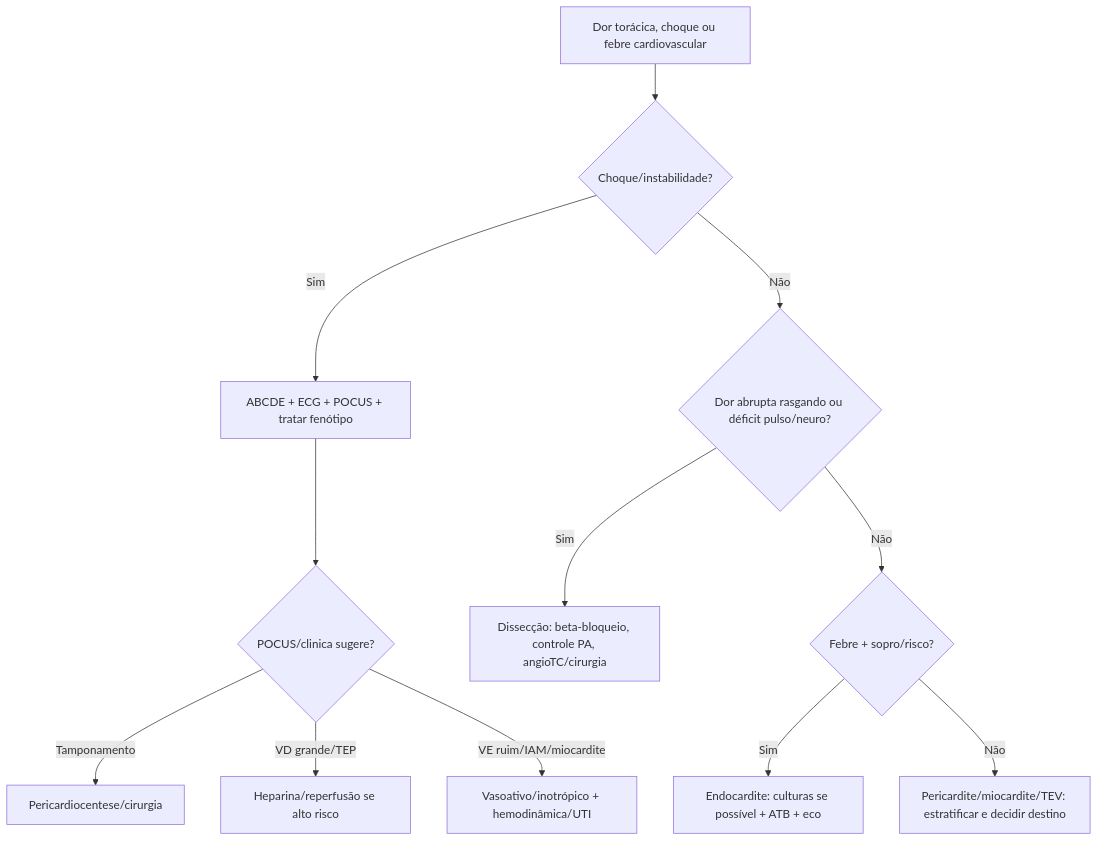
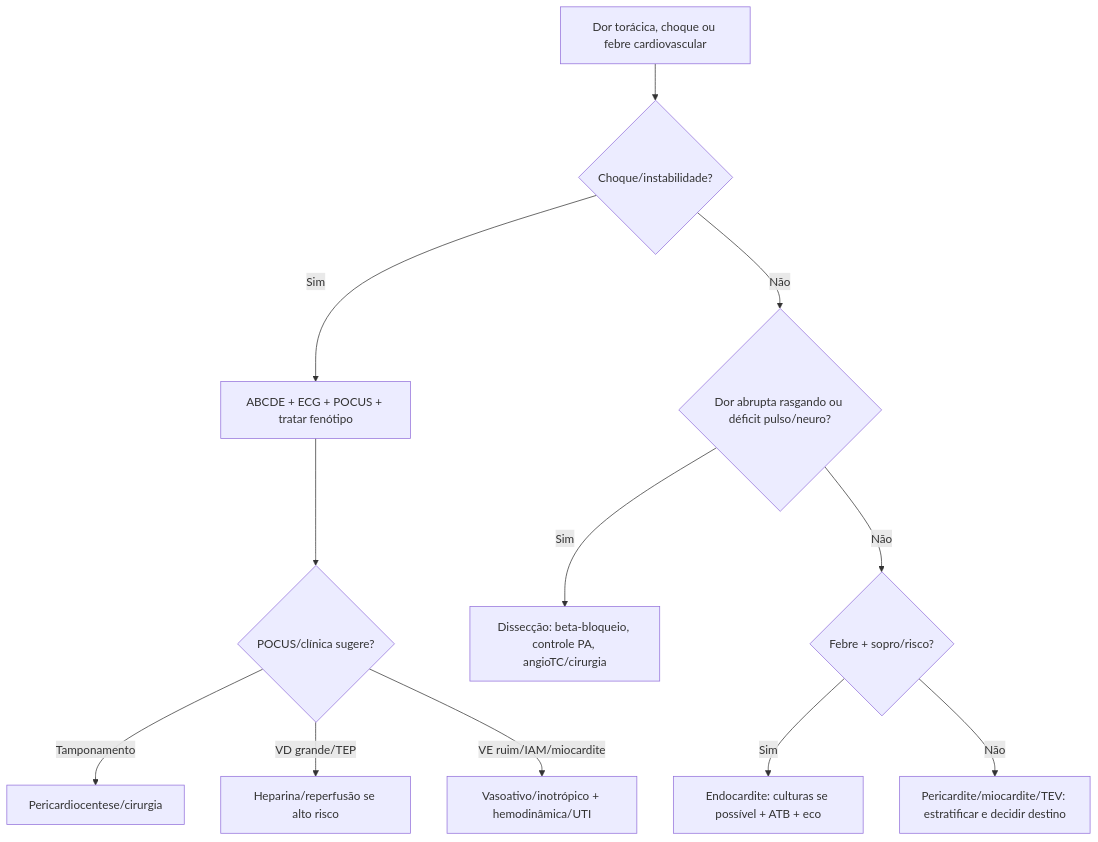
The diagram in Intensivao/temas/024_cardiovascular-complementar.md (ThiagoPersona/emergencia26), drawn with Mermaid before and after one commit. The commit also changed other lines of this file and 10 other files, not shown here.

````diff
--- a/Intensivao/temas/024_cardiovascular-complementar.md
+++ b/Intensivao/temas/024_cardiovascular-complementar.md
@@ -72,14 +72,14 @@
 ```mermaid
 flowchart TD
     A[Dor torácica, choque ou febre cardiovascular] --> B{Choque/instabilidade?}
     B -->|Sim| C[ABCDE + ECG + POCUS + tratar fenótipo]
-    C --> D{POCUS/clinica sugere?}
+    C --> D{POCUS/clínica sugere?}
     D -->|Tamponamento| E[Pericardiocentese/cirurgia]
     D -->|VD grande/TEP| F[Heparina/reperfusão se alto risco]
     D -->|VE ruim/IAM/miocardite| G[Vasoativo/inotrópico + hemodinâmica/UTI]
     B -->|Não| H{Dor abrupta rasgando ou déficit pulso/neuro?}
     H -->|Sim| I[Dissecção: beta-bloqueio, controle PA, angioTC/cirurgia]
     H -->|Não| J{Febre + sopro/risco?}
     J -->|Sim| K[Endocardite: culturas se possível + ATB + eco]
     J -->|Não| L[Pericardite/miocardite/TEV: estratificar e decidir destino]
 ```
````
